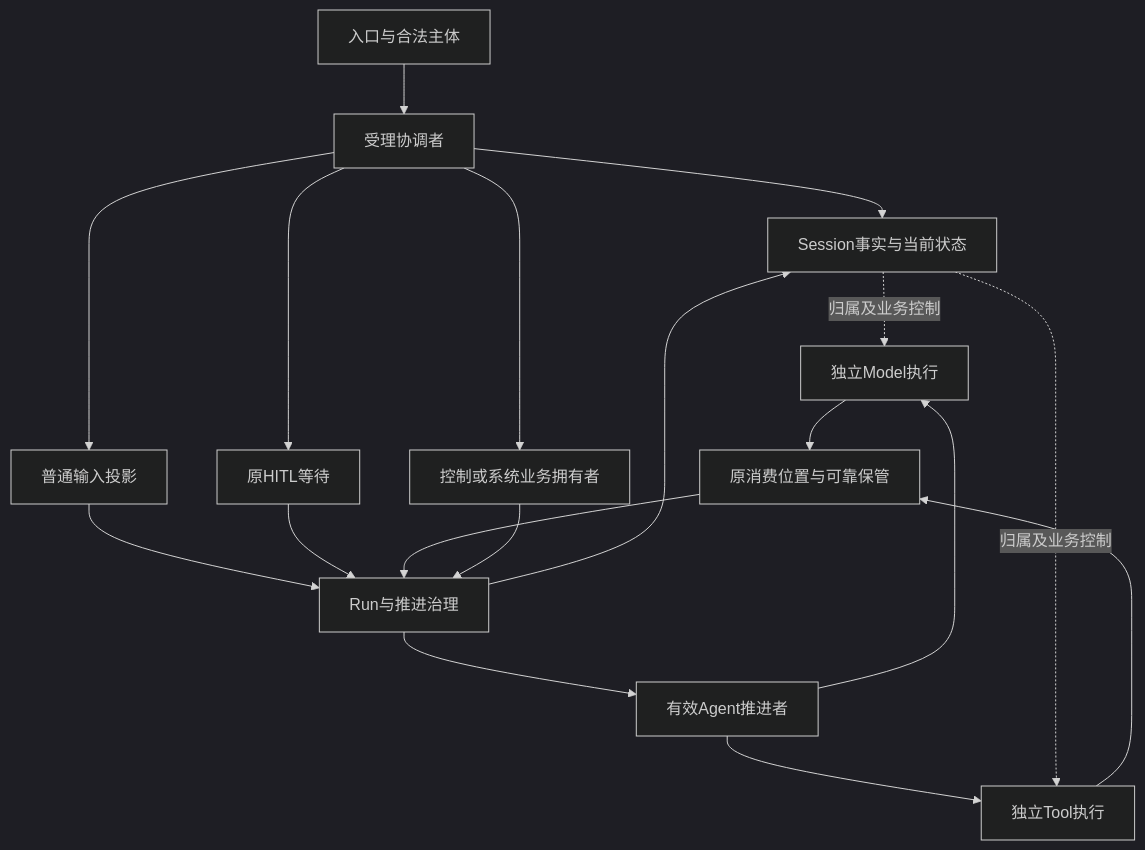
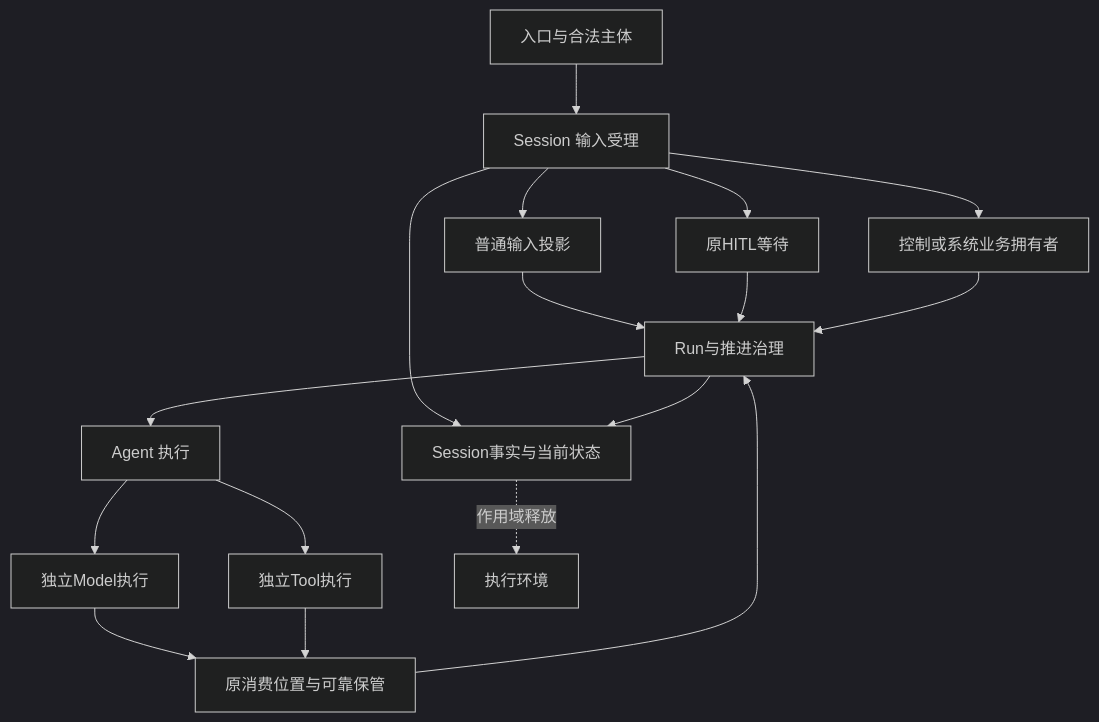
The diagram in docs/domains/sessions-and-work/architecture.md (nemori-ai/omne-harness-lite), drawn with Mermaid (dark theme) before and after one commit. The commit also changed other lines of this file and 1 other file, not shown here.

````diff
--- a/docs/domains/sessions-and-work/architecture.md
+++ b/docs/domains/sessions-and-work/architecture.md
@@ -19,20 +25,19 @@
 ```mermaid
 flowchart TD
-    I[入口与合法主体] --> A[受理协调者]
+    I[入口与合法主体] --> A[Session 输入受理]
     A --> S[Session事实与当前状态]
     A --> Q[普通输入投影]
     A --> H[原HITL等待]
     A --> C[控制或系统业务拥有者]
     Q --> G[Run与推进治理]
     H --> G
-    G --> E[有效Agent推进者]
+    G --> E[Agent 执行]
     E --> M[独立Model执行]
     E --> T[独立Tool执行]
     M --> R[原消费位置与可靠保管]
     T --> R
     R --> G
     C --> G
     G --> S
-    S -. 归属及业务控制 .-> M
-    S -. 归属及业务控制 .-> T
+    S -. 作用域释放 .-> X[执行环境]
 ```
````
